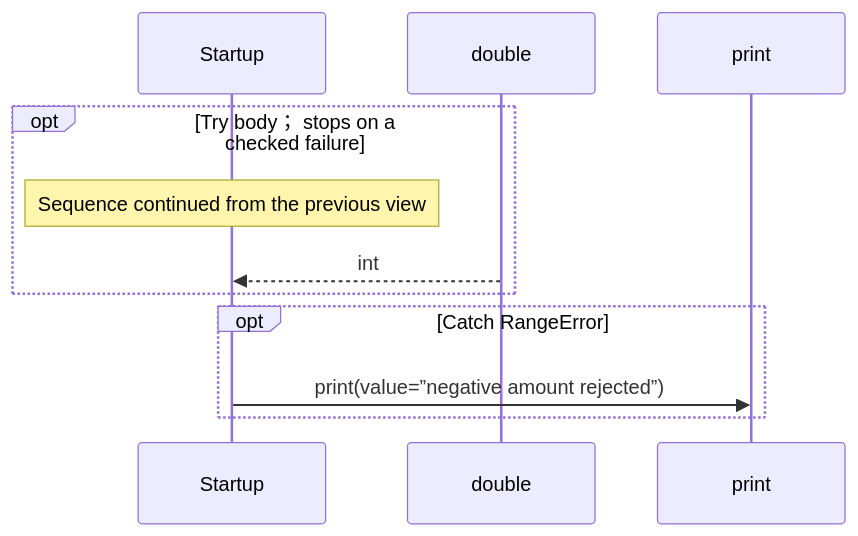
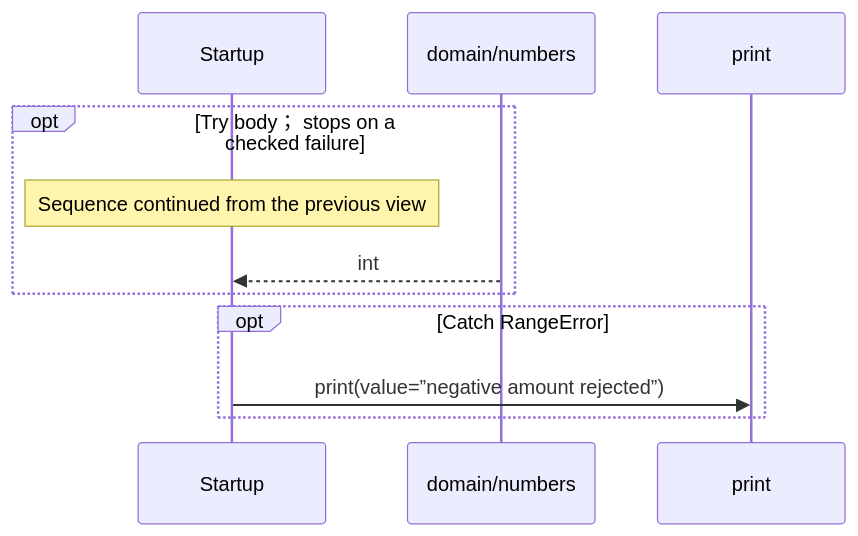
Before and after one commit to GreenPandaStudios/augscript: the fourth of 4 diagrams in docs/examples/approved-design/main-diagrams.md, drawn with Mermaid. The commit also changed other lines of this file and 200 other files, not shown here.

Commit message:
Group imported operations and wrap readable sequence messages

````diff
--- a/docs/examples/approved-design/main-diagrams.md
+++ b/docs/examples/approved-design/main-diagrams.md
@@ -108,13 +108,13 @@
 ```mermaid
 sequenceDiagram
     participant p0 as Startup
-    participant p1 as double
+    participant p1 as domain/numbers
     participant p2 as print
     opt Try body； stops on a checked failure
     Note over p0: Sequence continued from the previous view
     p1-->>p0: int
     end
     opt Catch RangeError
     p0->>p2: print(value=”negative amount rejected”)
     end
 ```
````
